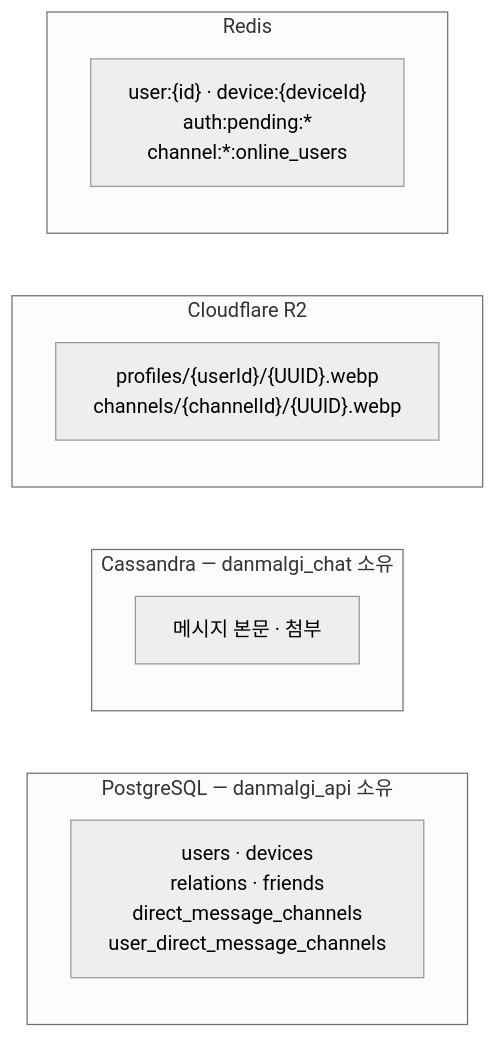
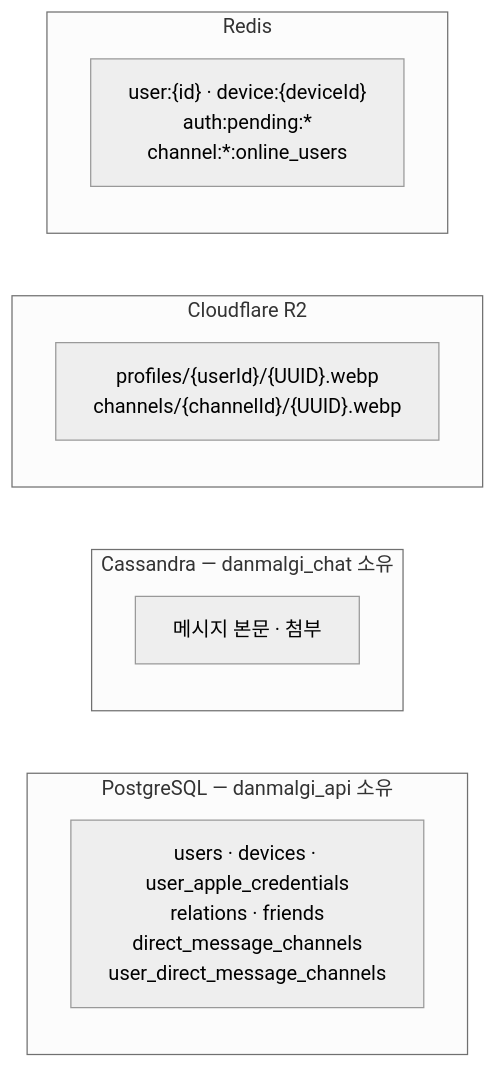
The second of 2 diagrams in docs/01-foundation/data-model.md (danmalgi-project/danmalgi_api), drawn with Mermaid (neutral theme) before and after one commit. The commit also changed other lines of this file and 39 other files, not shown here.

````diff
--- a/docs/01-foundation/data-model.md
+++ b/docs/01-foundation/data-model.md
@@ -154,15 +167,15 @@
 ```mermaid
 flowchart LR
     subgraph PG["PostgreSQL — danmalgi_api 소유"]
-        A["users · devices<br/>relations · friends<br/>direct_message_channels<br/>user_direct_message_channels"]
+        A["users · devices · user_apple_credentials<br/>relations · friends<br/>direct_message_channels<br/>user_direct_message_channels"]
     end
     subgraph CS["Cassandra — danmalgi_chat 소유"]
         B["메시지 본문 · 첨부"]
     end
     subgraph R2["Cloudflare R2"]
         C["profiles/{userId}/{UUID}.webp<br/>channels/{channelId}/{UUID}.webp"]
     end
     subgraph RD["Redis"]
         D["user:{id} · device:{deviceId}<br/>auth:pending:*<br/>channel:*:online_users"]
     end
 ```
````
